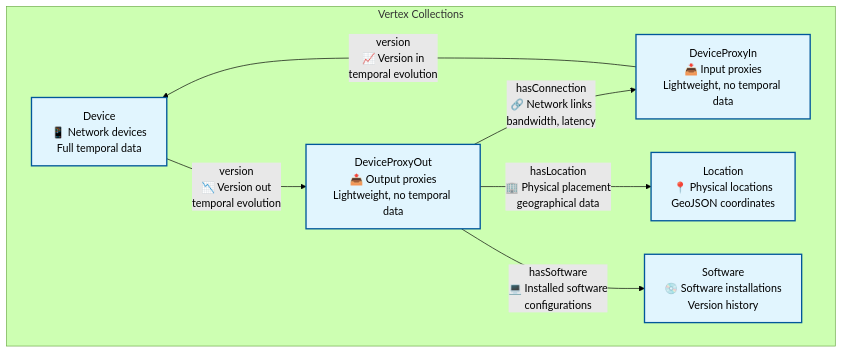
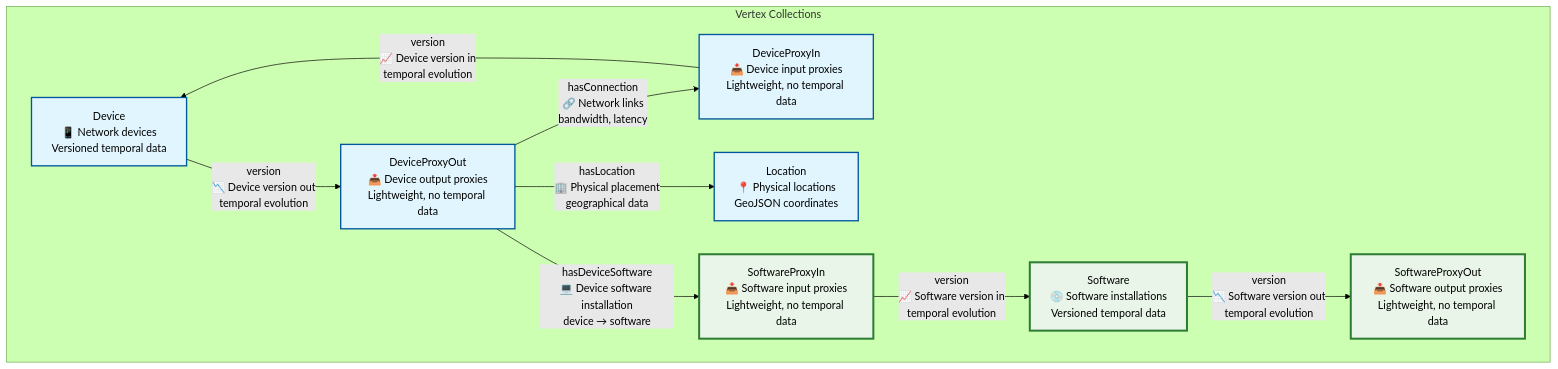
One commit to ArthurKeen/scalable-multi-tenant-temporal-graph-reference-implementation changed the first of 2 diagrams in README.md. Above: the diagram before and after it, drawn with Mermaid (forest theme). The commit also changed other lines of this file and 101 other files, not shown here.

First line of the commit message:
🎉 Complete Multi-Tenant Network Asset Management Demo

````diff
--- a/README.md
+++ b/README.md
@@ -35,30 +35,38 @@
 ```mermaid
 graph TB
     %% Vertex Collections (W3C OWL naming - PascalCase, singular)
     subgraph "Vertex Collections"
-        D[Device<br/>📱 Network devices<br/>Full temporal data]
-        DPI[DeviceProxyIn<br/>📥 Input proxies<br/>Lightweight, no temporal data]
-        DPO[DeviceProxyOut<br/>📤 Output proxies<br/>Lightweight, no temporal data]
+        D[Device<br/>📱 Network devices<br/>Versioned temporal data]
+        DPI[DeviceProxyIn<br/>📥 Device input proxies<br/>Lightweight, no temporal data]
+        DPO[DeviceProxyOut<br/>📤 Device output proxies<br/>Lightweight, no temporal data]
+        S[Software<br/>💿 Software installations<br/>Versioned temporal data]
+        SPI[SoftwareProxyIn<br/>📥 Software input proxies<br/>Lightweight, no temporal data]
+        SPO[SoftwareProxyOut<br/>📤 Software output proxies<br/>Lightweight, no temporal data]
         L[Location<br/>📍 Physical locations<br/>GeoJSON coordinates]
-        S[Software<br/>💿 Software installations<br/>Version history]
     end
     
     %% Edge Collections (W3C OWL naming - camelCase, singular)
     
     %% Network connections between devices
     DPO -->|hasConnection<br/>🔗 Network links<br/>bandwidth, latency| DPI
     
     %% Device location relationships
     DPO -->|hasLocation<br/>🏢 Physical placement<br/>geographical data| L
     
-    %% Software installation relationships  
-    DPO -->|hasSoftware<br/>💻 Installed software<br/>configurations| S
+    %% Device-Software relationships (CORRECTED LOGIC)
+    DPO -->|hasDeviceSoftware<br/>💻 Device software installation<br/>device → software| SPI
     
-    %% Version relationships (temporal tracking)
-    DPI -->|version<br/>📈 Version in<br/>temporal evolution| D
-    D -->|version<br/>📉 Version out<br/>temporal evolution| DPO
+    %% Device Time Travel (existing pattern)
+    DPI -->|version<br/>📈 Device version in<br/>temporal evolution| D
+    D -->|version<br/>📉 Device version out<br/>temporal evolution| DPO
+    
+    %% Software Time Travel (NEW pattern)
+    SPI -->|version<br/>📈 Software version in<br/>temporal evolution| S
+    S -->|version<br/>📉 Software version out<br/>temporal evolution| SPO
     
     %% Tenant isolation indicator
     classDef tenantBox fill:#e1f5fe,stroke:#01579b,stroke-width:2px
-    class D,DPI,DPO,L,S tenantBox
+    classDef newFeature fill:#e8f5e8,stroke:#2e7d32,stroke-width:3px
+    class D,DPI,DPO,L tenantBox
+    class S,SPI,SPO newFeature
 ```
````
